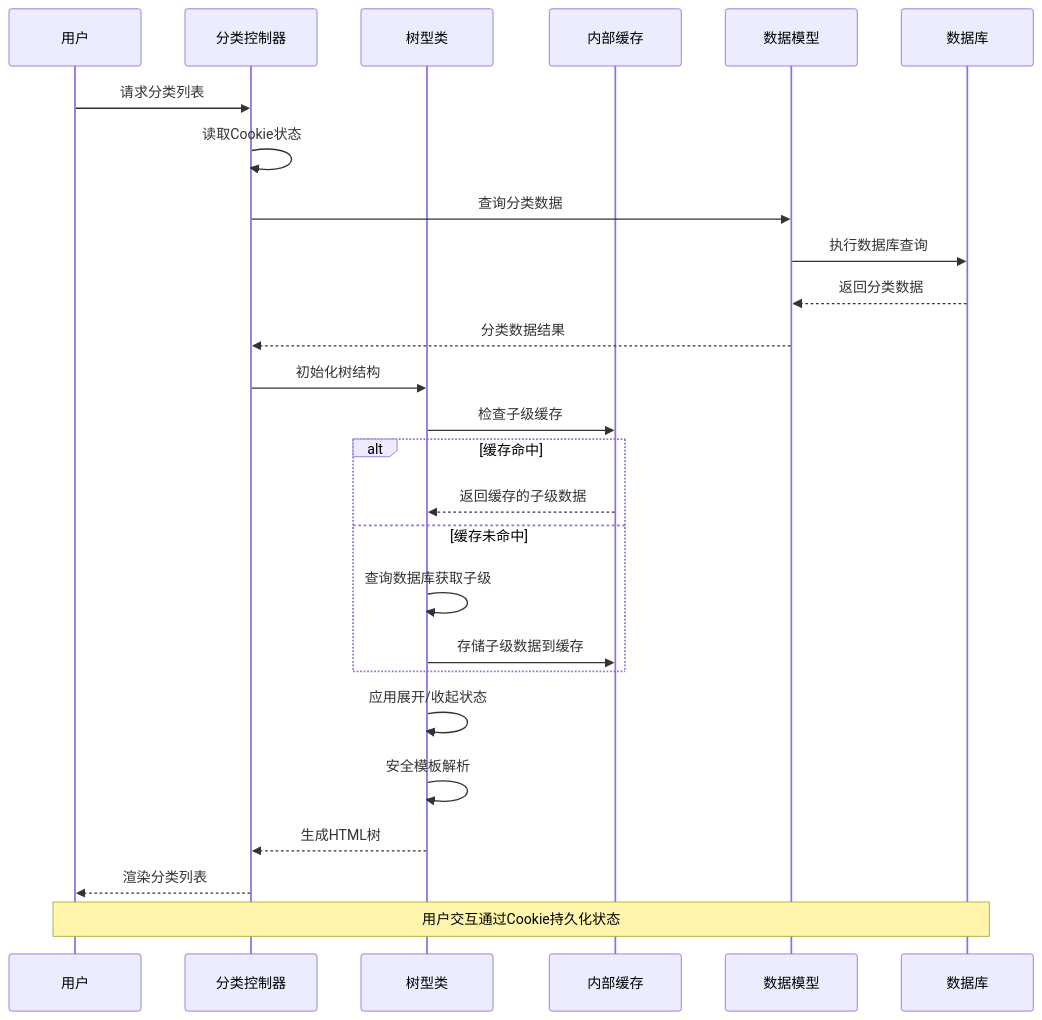
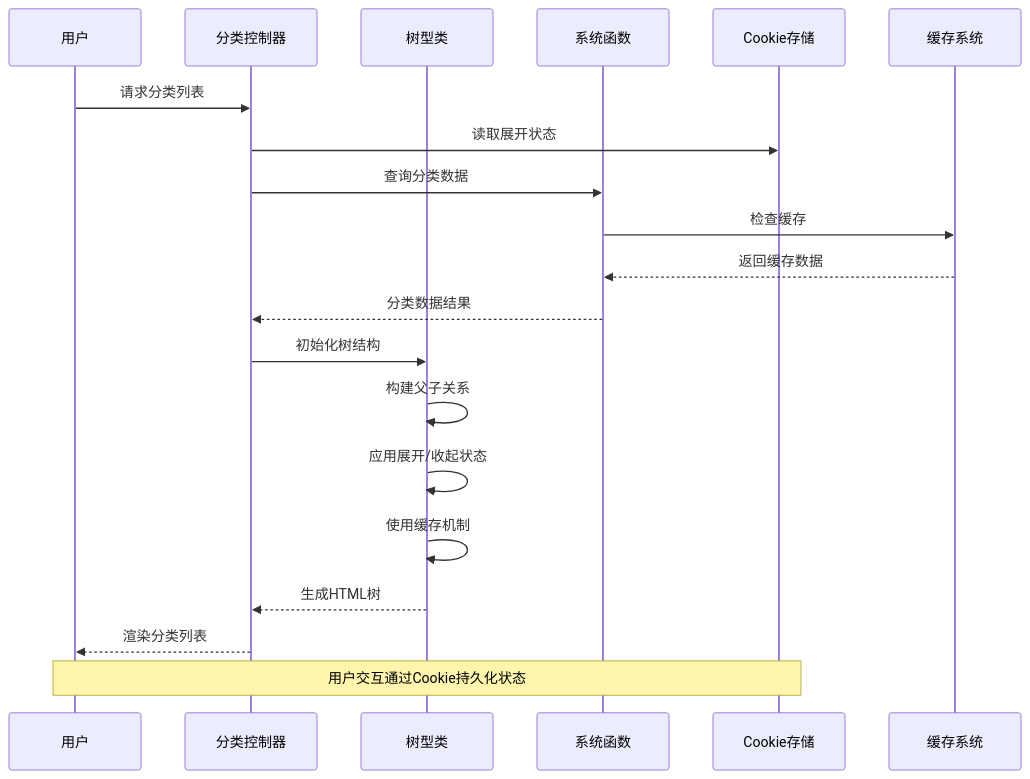
Before and after one commit to lirongyaoper/lryblog.com: the second of 7 diagrams in .qoder/repowiki/zh/content/后台管理模块/分类管理/分类树形结构管理.md, drawn with Mermaid. The commit also changed other lines of this file and 14 other files, not shown here.

````diff
--- a/.qoder/repowiki/zh/content/后台管理模块/分类管理/分类树形结构管理.md
+++ b/.qoder/repowiki/zh/content/后台管理模块/分类管理/分类树形结构管理.md
@@ -107,28 +140,22 @@
 ```mermaid
 sequenceDiagram
 participant User as 用户
 participant Controller as 分类控制器
 participant Tree as 树型类
-participant Cache as 内部缓存
-participant Model as 数据模型
-participant DB as 数据库
+participant SystemFunc as 系统函数
+participant Cookie as Cookie存储
+participant Cache as 缓存系统
 User->>Controller : 请求分类列表
-Controller->>Controller : 读取Cookie状态
-Controller->>Model : 查询分类数据
-Model->>DB : 执行数据库查询
-DB-->>Model : 返回分类数据
-Model-->>Controller : 分类数据结果
+Controller->>Cookie : 读取展开状态
+Controller->>SystemFunc : 查询分类数据
+SystemFunc->>Cache : 检查缓存
+Cache-->>SystemFunc : 返回缓存数据
+SystemFunc-->>Controller : 分类数据结果
 Controller->>Tree : 初始化树结构
-Tree->>Cache : 检查子级缓存
-alt 缓存命中
-Cache-->>Tree : 返回缓存的子级数据
-else 缓存未命中
-Tree->>Tree : 查询数据库获取子级
-Tree->>Cache : 存储子级数据到缓存
-end
+Tree->>Tree : 构建父子关系
 Tree->>Tree : 应用展开/收起状态
-Tree->>Tree : 安全模板解析
+Tree->>Tree : 使用缓存机制
 Tree-->>Controller : 生成HTML树
 Controller-->>User : 渲染分类列表
-Note over User,DB : 用户交互通过Cookie持久化状态
+Note over User,Cookie : 用户交互通过Cookie持久化状态
 ```
````
